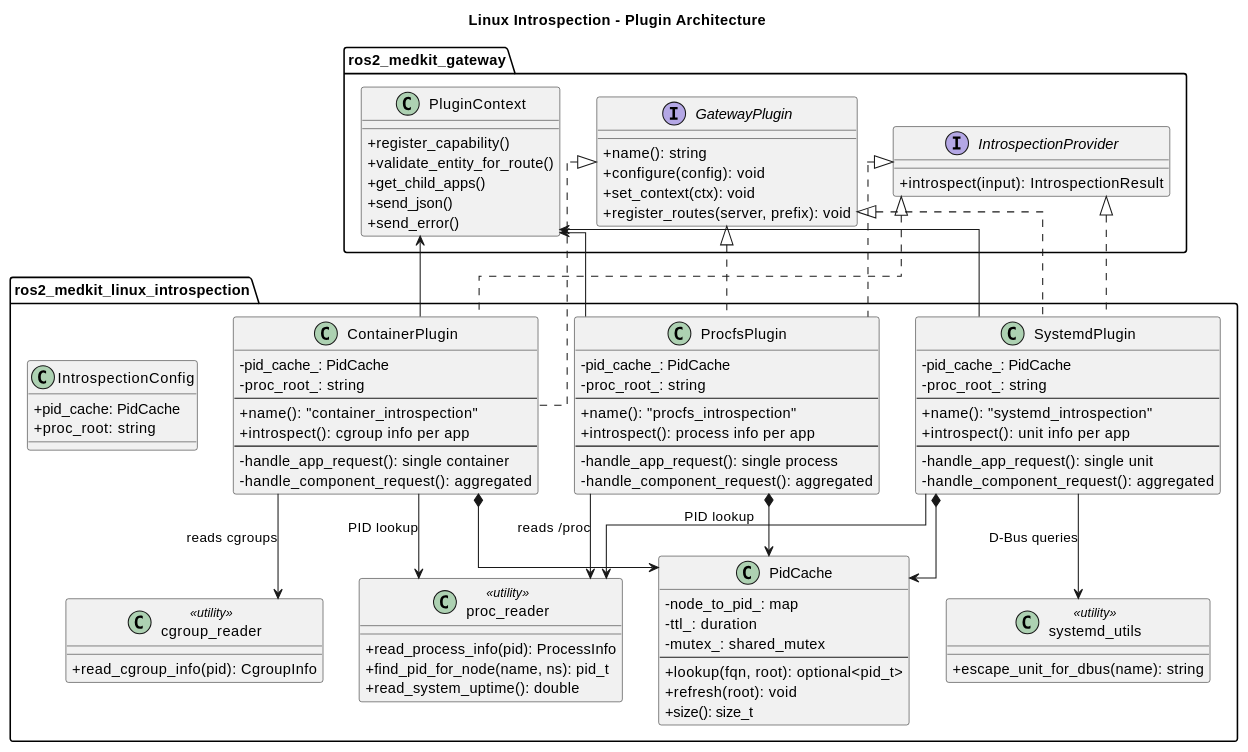
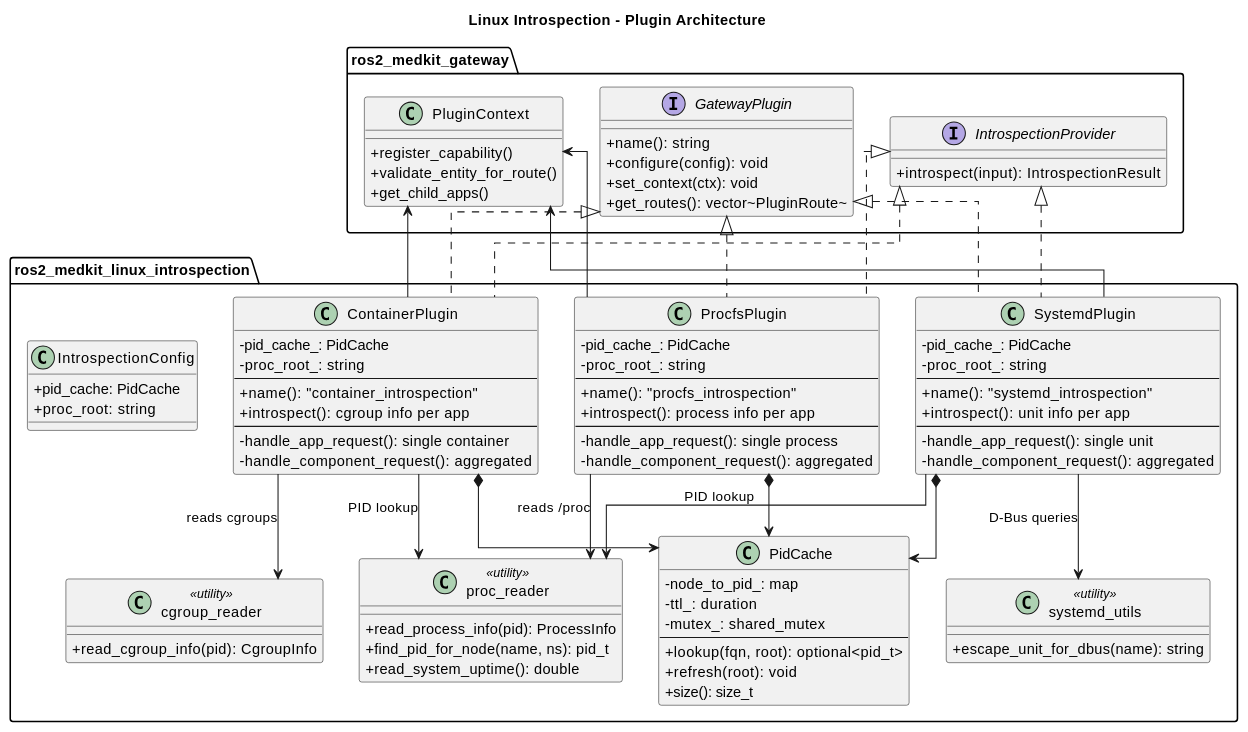
The diagram in src/ros2_medkit_discovery_plugins/ros2_medkit_linux_introspection/design/index.rst (selfpatch/ros2_medkit), drawn with PlantUML before and after one commit. The commit also changed 11 other files, not shown here.

```diff
--- a/src/ros2_medkit_discovery_plugins/ros2_medkit_linux_introspection/design/index.rst
+++ b/src/ros2_medkit_discovery_plugins/ros2_medkit_linux_introspection/design/index.rst
@@ -32,7 +32,7 @@
            +name(): string
            +configure(config): void
            +set_context(ctx): void
-           +register_routes(server, prefix): void
+           +get_routes(): vector~PluginRoute~
        }
 
        interface IntrospectionProvider {
@@ -43,8 +43,6 @@
            +register_capability()
            +validate_entity_for_route()
            +get_child_apps()
-           +send_json()
-           +send_error()
        }
    }
 
```
